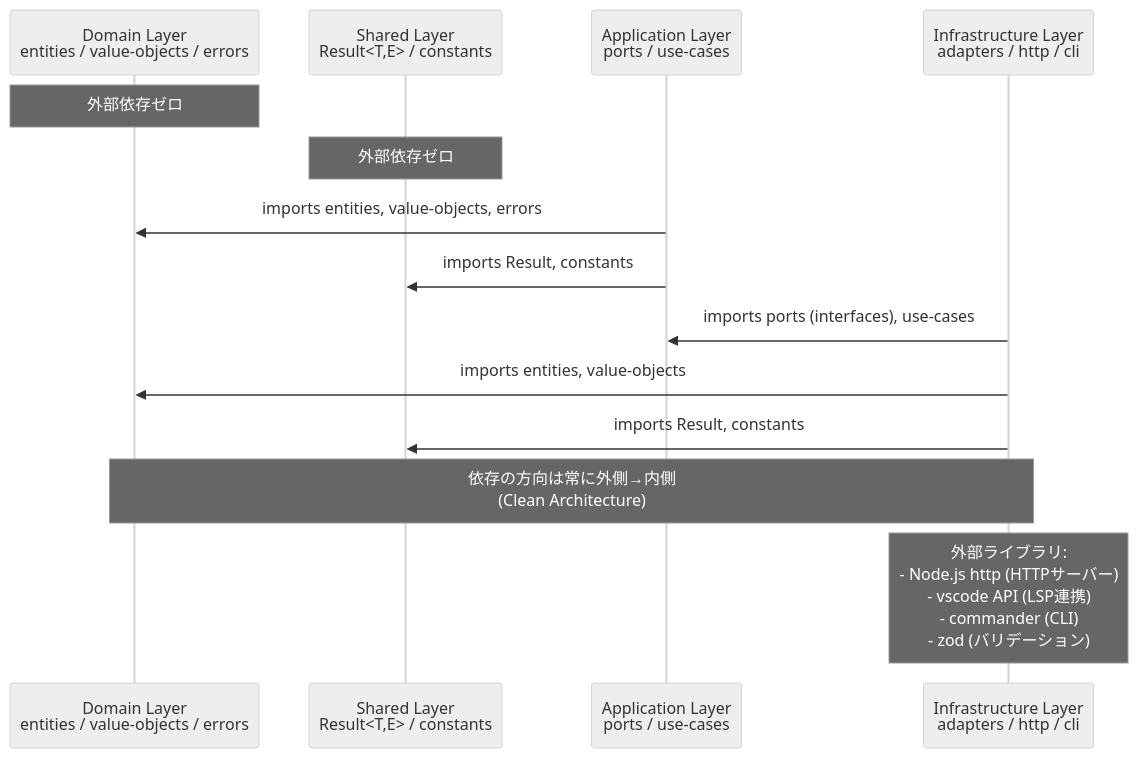
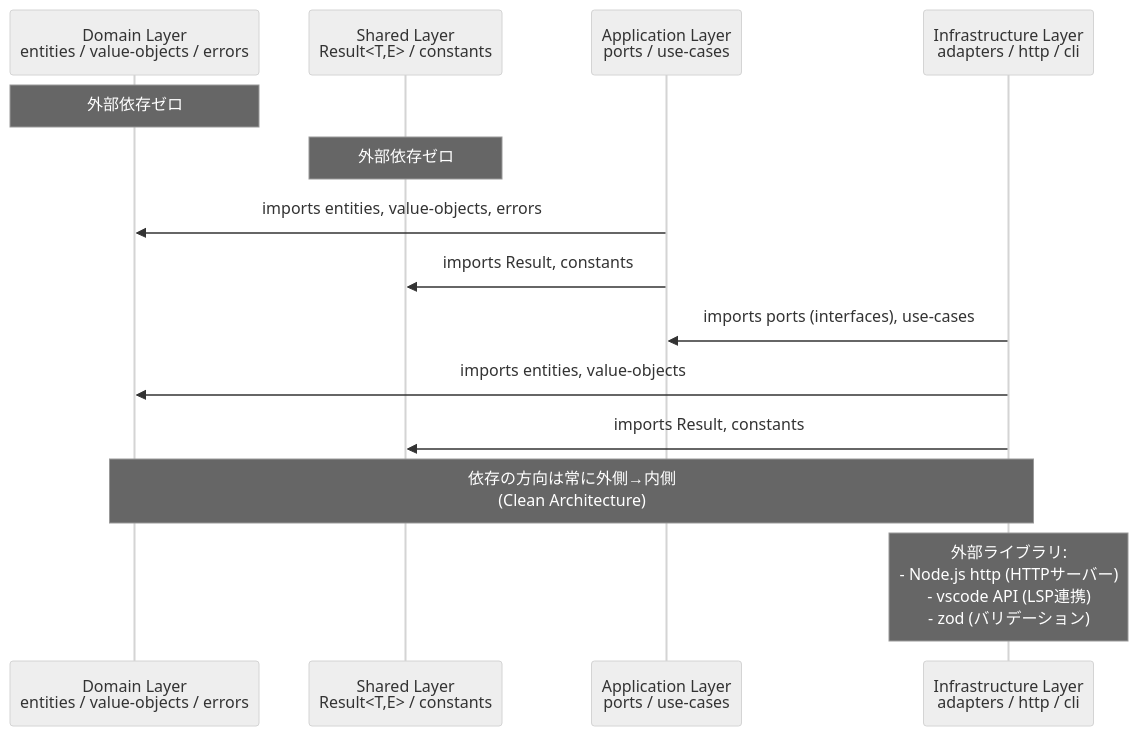
One commit to omurakazuaki/lsp-relay-vscode-extension changed the sixth of 6 diagrams in docs/sequence-diagram.md. Above: the diagram before and after it, drawn with Mermaid (neutral theme). The commit also changed other lines of this file and 19 other files, not shown here.

````diff
--- a/docs/sequence-diagram.md
+++ b/docs/sequence-diagram.md
@@ -269,20 +269,20 @@
 ```mermaid
 sequenceDiagram
     participant D as Domain Layer<br/>entities / value-objects / errors
     participant S as Shared Layer<br/>Result<T,E> / constants
     participant A as Application Layer<br/>ports / use-cases
     participant I as Infrastructure Layer<br/>adapters / http / cli
 
     Note over D: 外部依存ゼロ
     Note over S: 外部依存ゼロ
 
     A->>D: imports entities, value-objects, errors
     A->>S: imports Result, constants
 
     I->>A: imports ports (interfaces), use-cases
     I->>D: imports entities, value-objects
     I->>S: imports Result, constants
 
     Note over D,I: 依存の方向は常に外側→内側<br/>(Clean Architecture)
-    Note over I: 外部ライブラリ:<br/>- Node.js http (HTTPサーバー)<br/>- vscode API (LSP連携)<br/>- commander (CLI)<br/>- zod (バリデーション)
+    Note over I: 外部ライブラリ:<br/>- Node.js http (HTTPサーバー)<br/>- vscode API (LSP連携)<br/>- zod (バリデーション)
 ```
````
